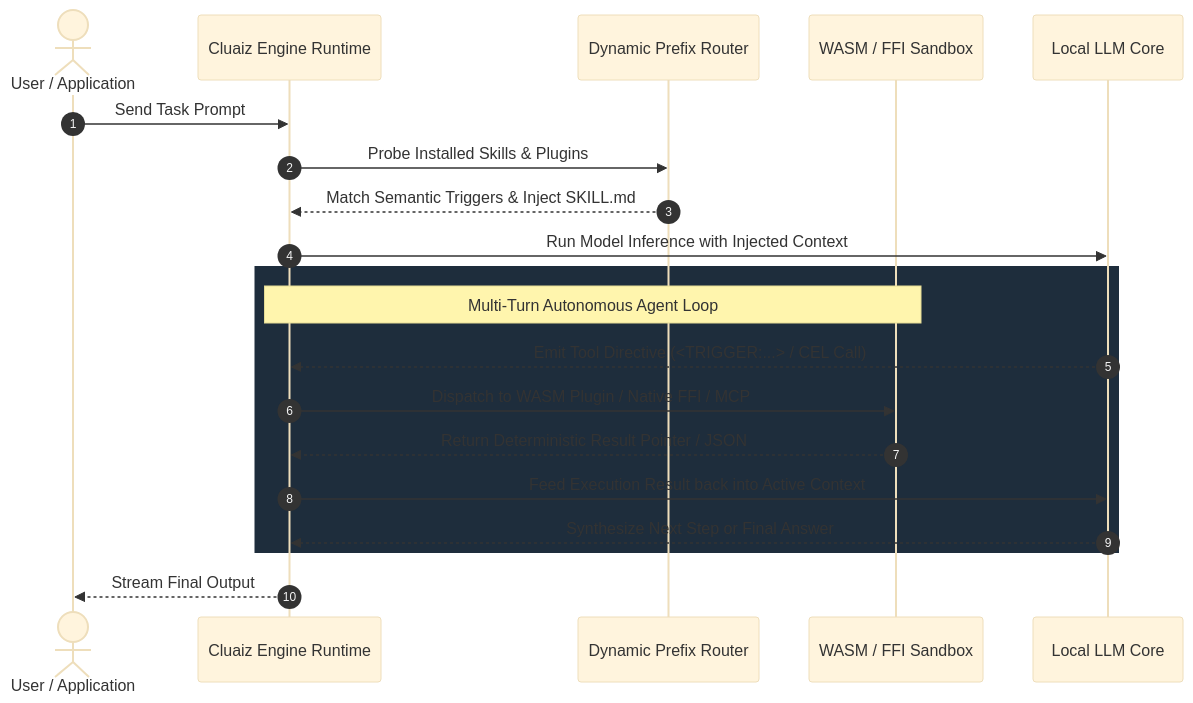
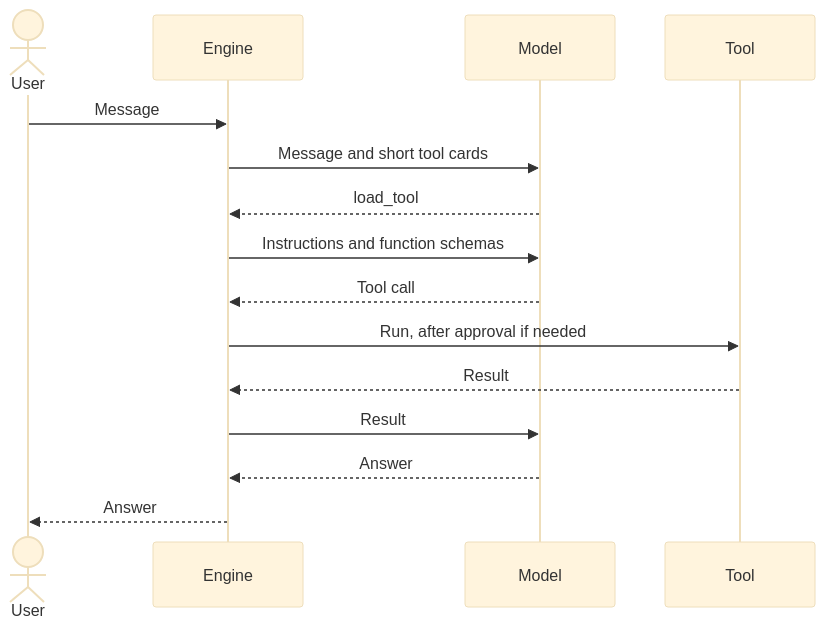
The diagram in README.md (cluaiz/cluaiz-tools), drawn with Mermaid (base theme) before and after one commit. The commit also changed other lines of this file and 112 other files, not shown here.

````diff
--- a/README.md
+++ b/README.md
@@ -62,25 +35,18 @@
 ```mermaid
 sequenceDiagram
-    autonumber
-    actor User as User / Application
-    participant Engine as Cluaiz Engine Runtime
-    participant Router as Dynamic Prefix Router
-    participant Sandbox as WASM / FFI Sandbox
-    participant Model as Local LLM Core
+    actor User
+    participant Engine
+    participant Model
+    participant Tool
 
-    User->>Engine: Send Task Prompt
-    Engine->>Router: Probe Installed Skills & Plugins
-    Router-->>Engine: Match Semantic Triggers & Inject SKILL.md
-    Engine->>Model: Run Model Inference with Injected Context
-    
-    rect rgb(30, 45, 60)
-    Note over Engine,Sandbox: Multi-Turn Autonomous Agent Loop
-    Model-->>Engine: Emit Tool Directive (<TRIGGER:...> / CEL Call)
-    Engine->>Sandbox: Dispatch to WASM Plugin / Native FFI / MCP
-    Sandbox-->>Engine: Return Deterministic Result Pointer / JSON
-    Engine->>Model: Feed Execution Result back into Active Context
-    Model-->>Engine: Synthesize Next Step or Final Answer
-    end
-
-    Engine-->>User: Stream Final Output
+    User->>Engine: Message
+    Engine->>Model: Message and short tool cards
+    Model-->>Engine: load_tool
+    Engine->>Model: Instructions and function schemas
+    Model-->>Engine: Tool call
+    Engine->>Tool: Run, after approval if needed
+    Tool-->>Engine: Result
+    Engine->>Model: Result
+    Model-->>Engine: Answer
+    Engine-->>User: Answer
 ```
````
